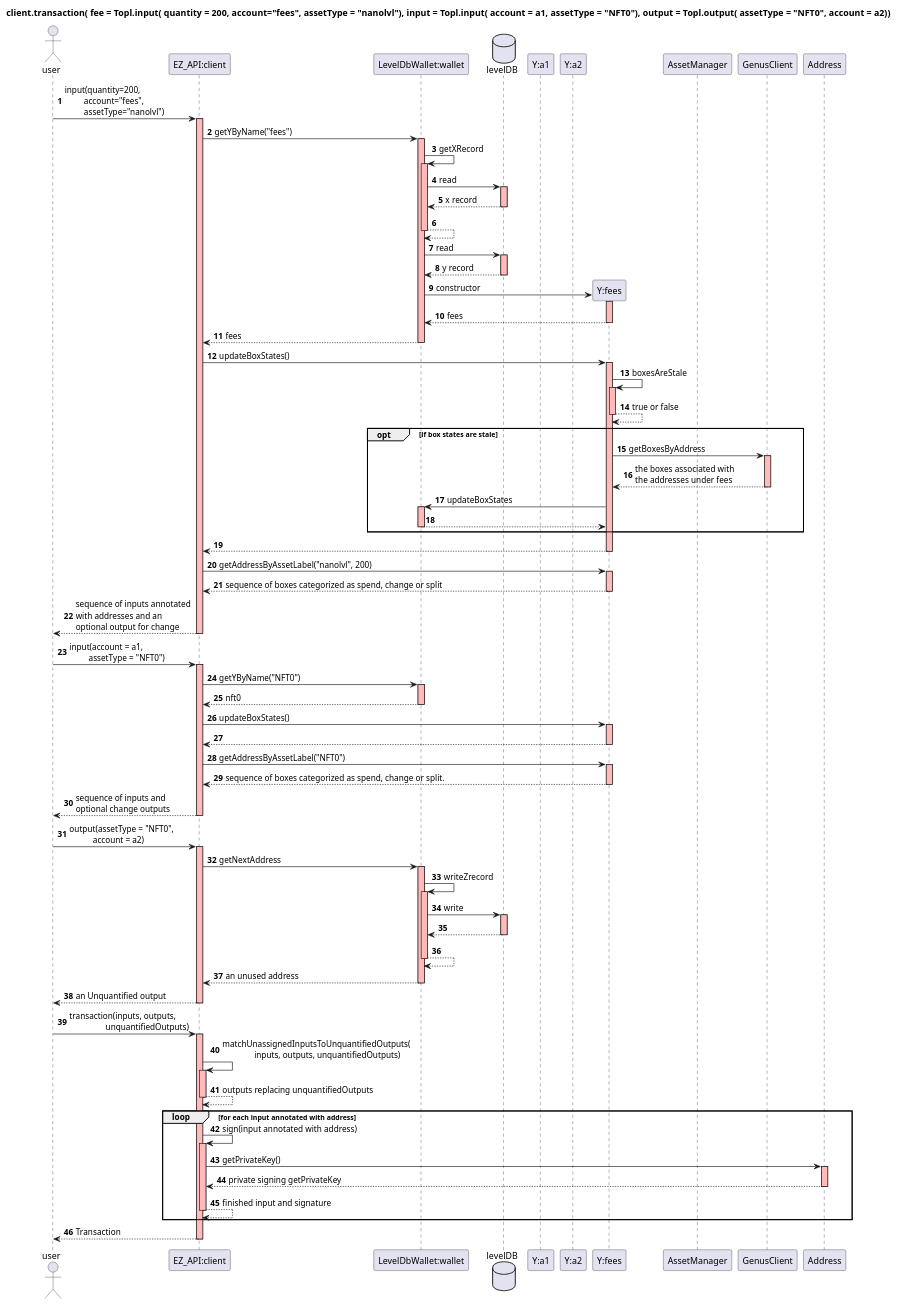
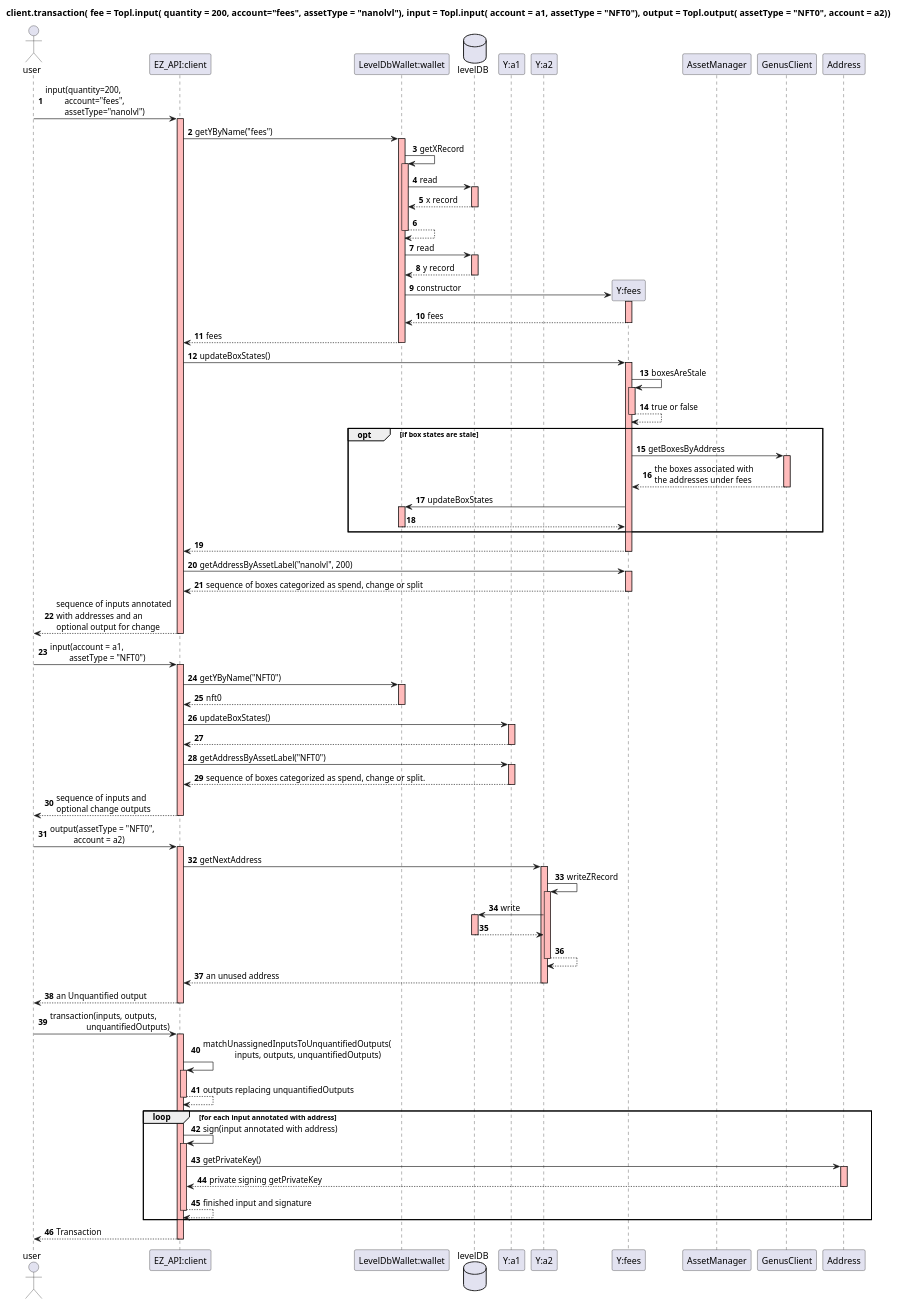
One commit to mgrand-topl/PlantUML_Sandbox changed the diagram in use_case_1t_sequence.puml. Above: the diagram before and after it, drawn with PlantUML.

```diff
--- a/use_case_1t_sequence.puml
+++ b/use_case_1t_sequence.puml
@@ -1,79 +1,81 @@
 @startuml
 skinparam sequence {
   LifeLineBackgroundColor #FFBBBB
 }
 
 autonumber
 autoactivate on
 actor user
 participant "EZ_API:client" as client
 participant "LevelDbWallet:wallet" as wallet
 database levelDB
 participant "Y:a1" as a1
 participant "Y:a2" as a2
 participant "Y:fees" as fees
 participant "AssetManager"
 title client.transaction( fee = Topl.input( quantity = 200, account="fees", assetType = "nanolvl"), input = Topl.input( account = a1, assetType = "NFT0"), output = Topl.output( assetType = "NFT0", account =  a2))
 user -> client : input(quantity=200,\n         account="fees",\n         assetType="nanolvl")
   client -> wallet : getYByName("fees")
     wallet -> wallet : getXRecord
       wallet -> levelDB : read
       return x record
     return
     wallet -> levelDB : read
     return y record
 
     create fees
     wallet -> fees : constructor
     return fees
+
   return fees
 
   client -> fees : updateBoxStates()
 
     fees -> fees : boxesAreStale
     return true or false
     opt if box states are stale
       fees -> GenusClient : getBoxesByAddress
       return the boxes associated with\nthe addresses under fees
 
       fees -> wallet : updateBoxStates
       return
     end opt
   return
 
   client -> fees : getAddressByAssetLabel("nanolvl", 200)
   return sequence of boxes categorized as spend, change or split
 return sequence of inputs annotated\nwith addresses and an\noptional output for change
 
 user -> client : input(account = a1,\n         assetType = "NFT0")
   client -> wallet : getYByName("NFT0")
   return nft0
 
-  client -> fees : updateBoxStates()
+  client -> a1 : updateBoxStates()
   return
 
-  client -> fees : getAddressByAssetLabel("NFT0")
+  client -> a1 : getAddressByAssetLabel("NFT0")
   return sequence of boxes categorized as spend, change or split.
 return sequence of inputs and\noptional change outputs
 
 user -> client : output(assetType = "NFT0",\n           account = a2)
-  client -> wallet : getNextAddress
-    wallet -> wallet : writeZrecord
-      wallet -> levelDB : write
+  client -> a2 : getNextAddress
+    a2 -> a2 : writeZRecord
+      a2 -> levelDB : write
       return
     return
+
   return an unused address
 return an Unquantified output
 
 user -> client : transaction(inputs, outputs,\n                 unquantifiedOutputs)
   client -> client : matchUnassignedInputsToUnquantifiedOutputs(\n               inputs, outputs, unquantifiedOutputs)
   return outputs replacing unquantifiedOutputs
 
   loop for each input annotated with address
       client -> client : sign(input annotated with address)
         client -> Address : getPrivateKey()
         return private signing getPrivateKey
       return finished input and signature
   end loop
 return Transaction
 @enduml
```
